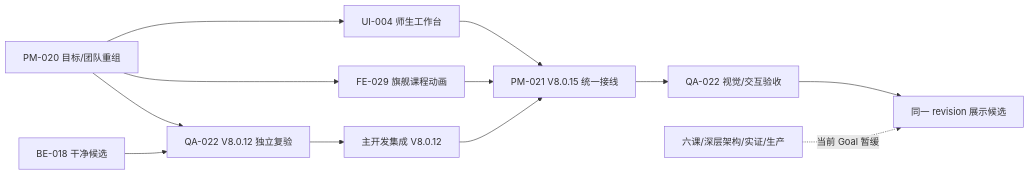
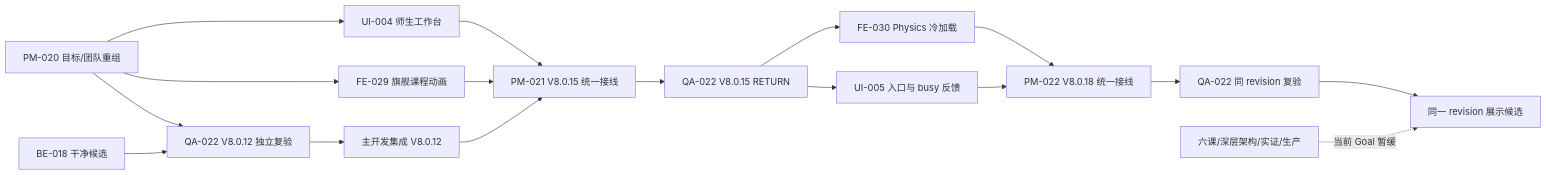
The seventh of 7 diagrams in doc/02-项目规划.md (falling-feather/Astra), drawn with Mermaid before and after one commit. The commit also changed other lines of this file and 16 other files, not shown here.

````diff
--- a/doc/02-项目规划.md
+++ b/doc/02-项目规划.md
@@ -511,14 +517,19 @@
 ```mermaid
 flowchart LR
     PM20["PM-020 目标/团队重组"] --> QA22A["QA-022 V8.0.12 独立复验"]
     PM20 --> UI4["UI-004 师生工作台"]
     PM20 --> FE29["FE-029 旗舰课程动画"]
     BE18["BE-018 干净候选"] --> QA22A
     QA22A --> INT12["主开发集成 V8.0.12"]
     UI4 --> INT15["PM-021 V8.0.15 统一接线"]
     FE29 --> INT15
     INT12 --> INT15
-    INT15 --> QA22B["QA-022 视觉/交互验收"]
-    QA22B --> FINAL["同一 revision 展示候选"]
+    INT15 --> QA22B["QA-022 V8.0.15 RETURN"]
+    QA22B --> FE30["FE-030 Physics 冷加载"]
+    QA22B --> UI5["UI-005 入口与 busy 反馈"]
+    FE30 --> INT18["PM-022 V8.0.18 统一接线"]
+    UI5 --> INT18
+    INT18 --> QA22C["QA-022 同 revision 复验"]
+    QA22C --> FINAL["同一 revision 展示候选"]
     DEFER["六课/深层架构/实证/生产"] -. "当前 Goal 暂缓" .-> FINAL
 ```
````
